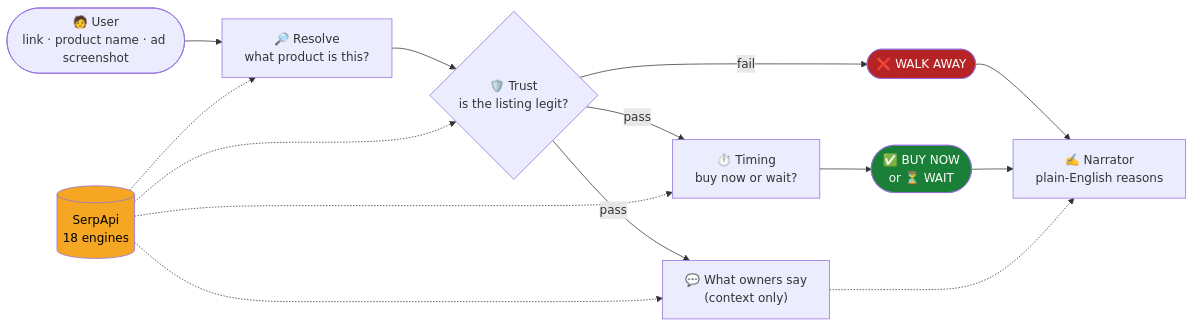
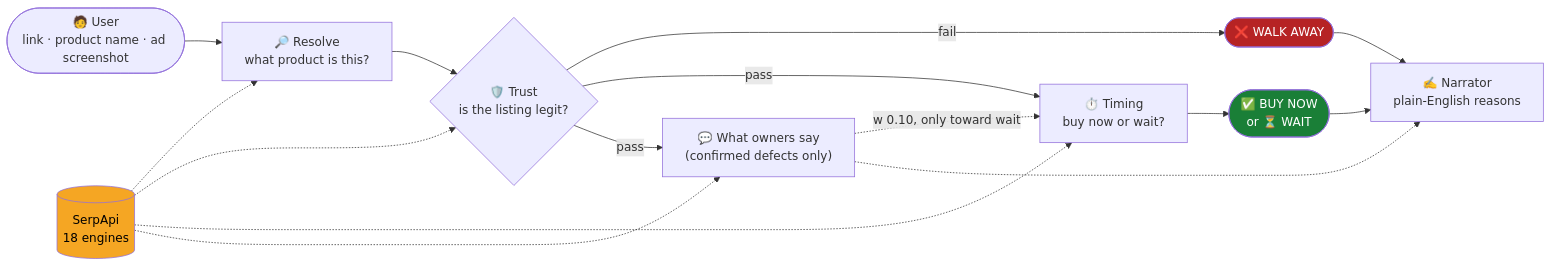
Before and after one commit to YashIIT0909/Clarity: the first of 6 diagrams in README.md, drawn with Mermaid. The commit also changed other lines of this file and 11 other files, not shown here.

````diff
--- a/README.md
+++ b/README.md
@@ -69,19 +75,20 @@
 ```mermaid
 flowchart LR
     U(["🧑 User<br/>link · product name · ad screenshot"]) --> R["🔎 Resolve<br/>what product is this?"]
     R --> T{"🛡️ Trust<br/>is the listing legit?"}
     T -- "fail" --> W(["❌ WALK AWAY"])
     T -- "pass" --> M["⏱️ Timing<br/>buy now or wait?"]
     M --> V(["✅ BUY NOW<br/>or ⏳ WAIT"])
-    T -- "pass" --> O["💬 What owners say<br/>(context only)"]
+    T -- "pass" --> O["💬 What owners say<br/>(confirmed defects only)"]
+    O -.->|"w 0.10, only toward wait"| M
+    O -.-> N
     W --> N["✍️ Narrator<br/>plain-English reasons"]
     V --> N
-    O -.-> N
 
     S[("SerpApi<br/>18 engines")]
     S -.-> R & T & M & O
 
     style S fill:#f5a623,color:#000
     style W fill:#b62324,color:#fff
     style V fill:#1a7f37,color:#fff
 ```
````
